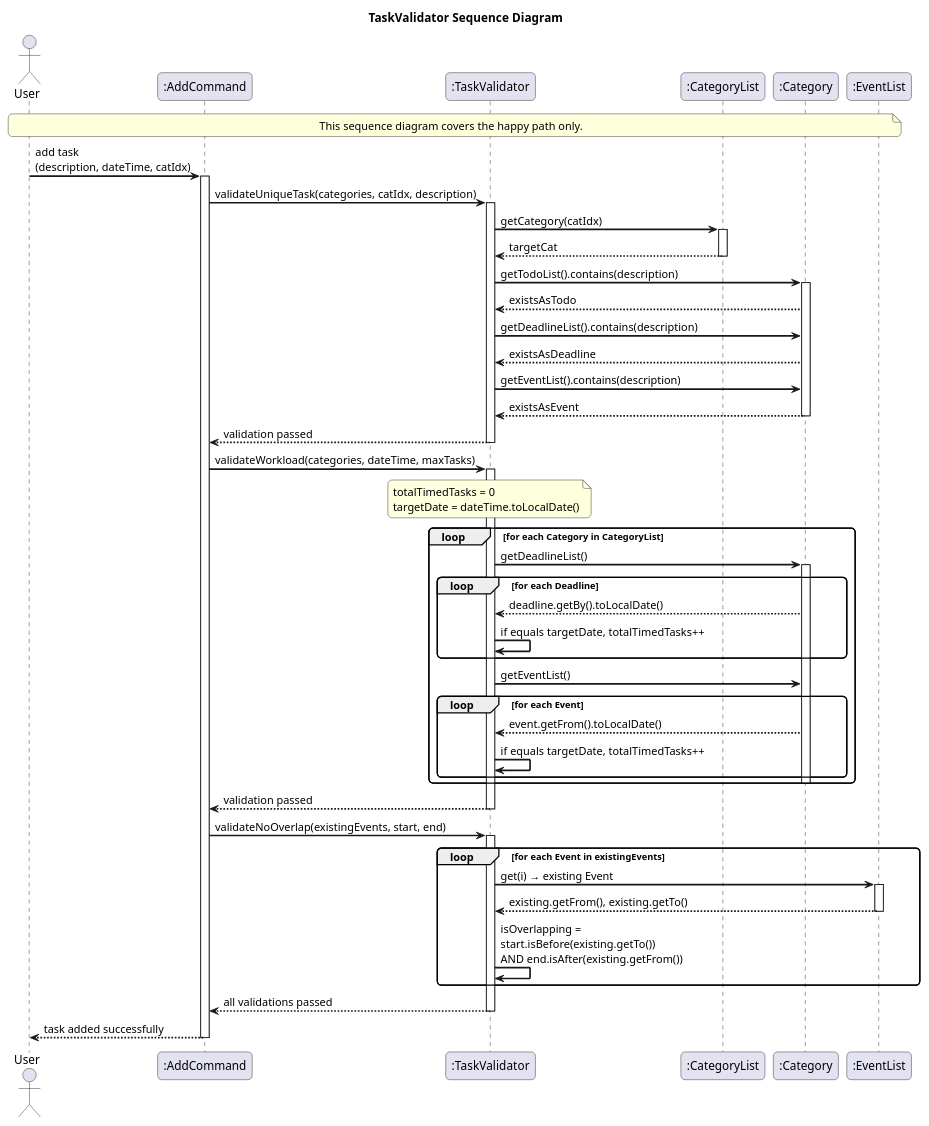
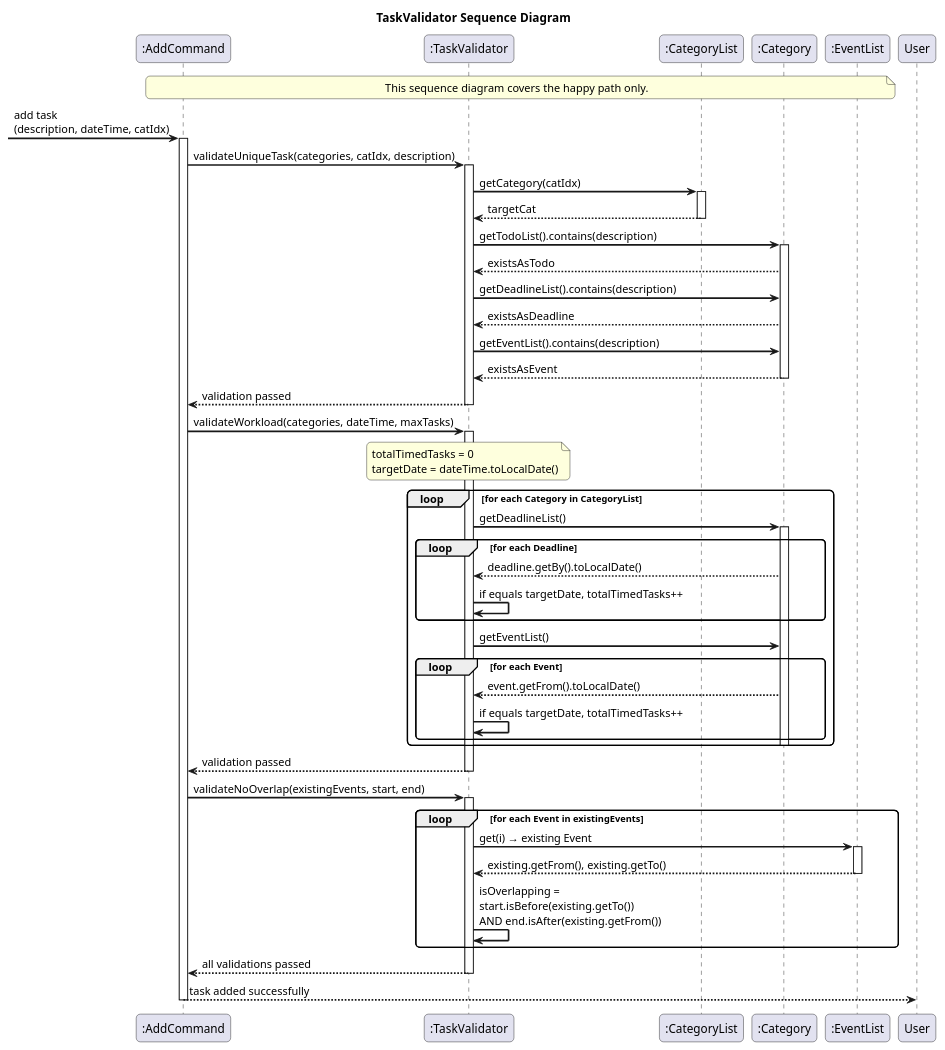
Before and after one commit to michaelshyam1/tp: the diagram in docs/puml/TaskValidator.puml, drawn with PlantUML. The commit also changed 3 other files, not shown here.

Commit message:
Minor changes to sequence diagrams

```diff
--- a/docs/puml/TaskValidator.puml
+++ b/docs/puml/TaskValidator.puml
@@ -1,87 +1,86 @@
 @startuml TaskValidatorSequenceDiagram
 
 skinparam sequenceArrowThickness 2
 skinparam roundcorner 10
 
 title TaskValidator Sequence Diagram
 
-actor User
 participant ":AddCommand" as AC
 participant ":TaskValidator" as TV
 participant ":CategoryList" as CL
 participant ":Category" as CAT
 participant ":EventList" as EL
 
-note over User, EL : This sequence diagram covers the happy path only.
+note over AC, EL : This sequence diagram covers the happy path only.
 
-User -> AC : add task\n(description, dateTime, catIdx)
+-> AC : add task\n(description, dateTime, catIdx)
 activate AC
 
 '─── Step 1: Unique Task ───────────────────────────────────
 AC -> TV : validateUniqueTask(categories, catIdx, description)
 activate TV
 
 TV -> CL : getCategory(catIdx)
 activate CL
 CL --> TV : targetCat
 deactivate CL
 
 TV -> CAT : getTodoList().contains(description)
 activate CAT
 CAT --> TV : existsAsTodo
 
 TV -> CAT : getDeadlineList().contains(description)
 CAT --> TV : existsAsDeadline
 
 TV -> CAT : getEventList().contains(description)
 CAT --> TV : existsAsEvent
 deactivate CAT
 
 TV --> AC : validation passed
 deactivate TV
 
 '─── Step 2: Workload ──────────────────────────────────────
 AC -> TV : validateWorkload(categories, dateTime, maxTasks)
 activate TV
 
 note over TV : totalTimedTasks = 0\ntargetDate = dateTime.toLocalDate()
 
 loop for each Category in CategoryList
     TV -> CAT : getDeadlineList()
     activate CAT
     loop for each Deadline
         CAT --> TV : deadline.getBy().toLocalDate()
         TV -> TV : if equals targetDate, totalTimedTasks++
     end
 
     TV -> CAT : getEventList()
     loop for each Event
         CAT --> TV : event.getFrom().toLocalDate()
         TV -> TV : if equals targetDate, totalTimedTasks++
     end
     deactivate CAT
 end
 
 TV --> AC : validation passed
 deactivate TV
 
 '─── Step 3: Overlap (Events only) ────────────────────────
 AC -> TV : validateNoOverlap(existingEvents, start, end)
 activate TV
 
 loop for each Event in existingEvents
     TV -> EL : get(i) → existing Event
     activate EL
     EL --> TV : existing.getFrom(), existing.getTo()
     deactivate EL
 
     TV -> TV : isOverlapping =\nstart.isBefore(existing.getTo())\nAND end.isAfter(existing.getFrom())
 end
 
 TV --> AC : all validations passed
 deactivate TV
 
 AC --> User : task added successfully
 deactivate AC
 
 @enduml
```
